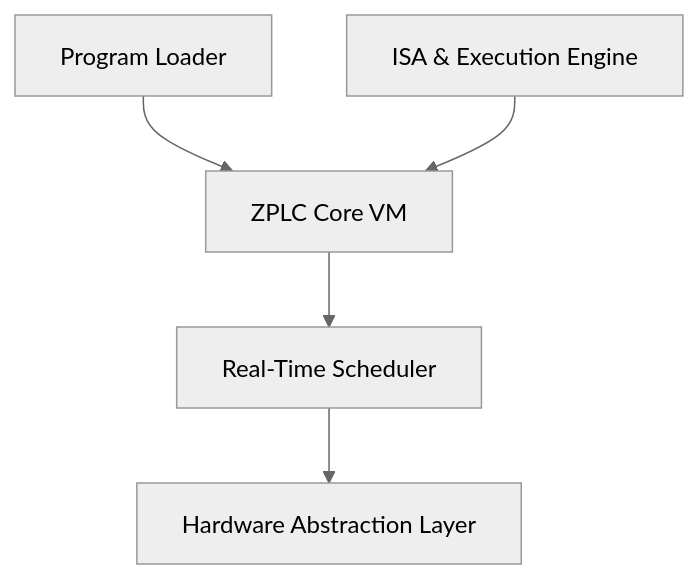
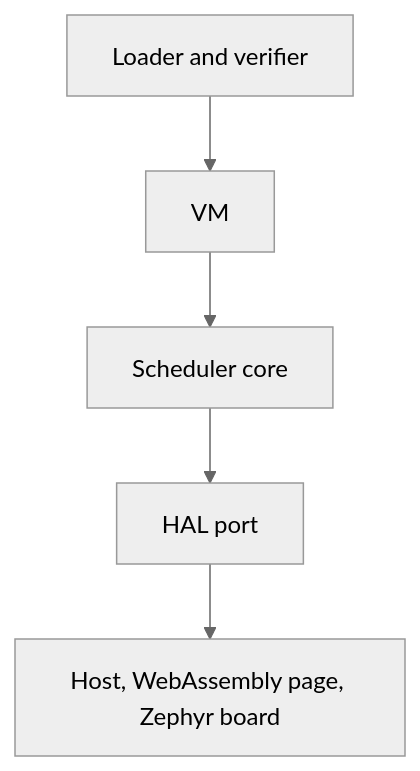
One commit to eduardojvieira/ZPLC changed the diagram in docs/docs/runtime/index.md. Above: the diagram before and after it, drawn with Mermaid (neutral theme). The commit also changed other lines of this file and 11 other files, not shown here.

Commit message:
docs(runtime): rewrite the architecture, runtime overview, scheduler, memory model, persistence and HAL pages

````diff
--- a/docs/docs/runtime/index.md
+++ b/docs/docs/runtime/index.md
@@ -26,13 +24,7 @@
 ```mermaid
 flowchart TD
-  Loader[Program Loader]
-  Core[ZPLC Core VM]
-  Sched[Real-Time Scheduler]
-  ISA[ISA & Execution Engine]
-  HAL[Hardware Abstraction Layer]
-
-  Loader --> Core
-  ISA --> Core
-  Core --> Sched
-  Sched --> HAL
+  Loader[Loader and verifier] --> VM[VM]
+  VM --> Sched[Scheduler core]
+  Sched --> HAL[HAL port]
+  HAL --> Platform[Host, WebAssembly page, Zephyr board]
 ```
````
